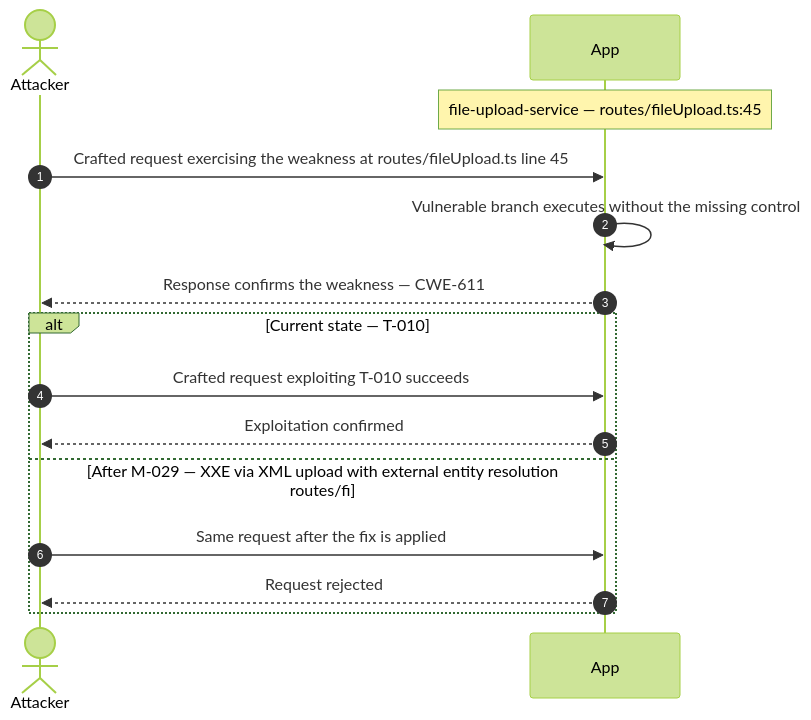
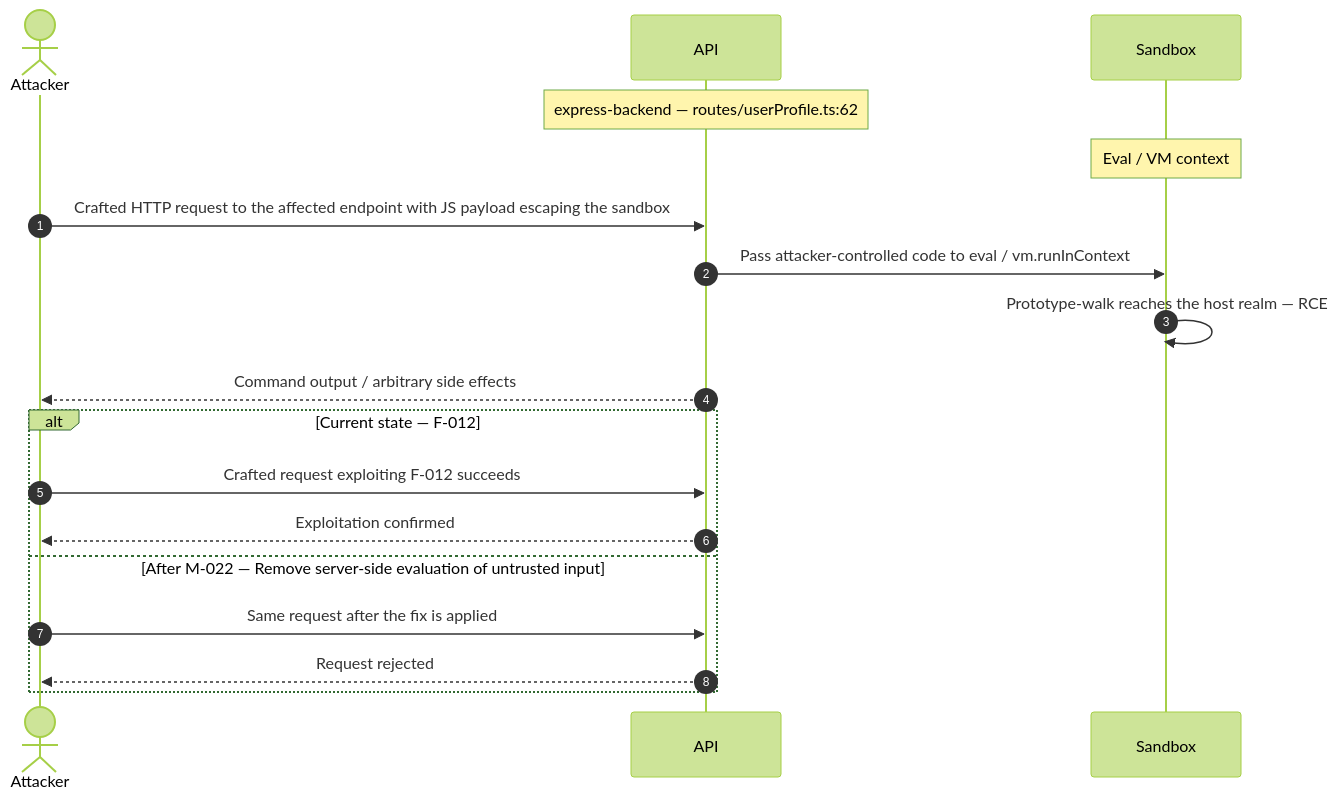
Before and after one commit to appsec-foundry/appsec-advisor: the tenth of 12 diagrams in tests/fixtures/e2e/_repair-run/.fragments/_chain-skeleton.md, drawn with Mermaid (forest theme). The commit also changed other lines of this file and 184 other files, not shown here.

````diff
--- a/tests/fixtures/e2e/_repair-run/.fragments/_chain-skeleton.md
+++ b/tests/fixtures/e2e/_repair-run/.fragments/_chain-skeleton.md
@@ -336,17 +373,20 @@
 ```mermaid
 sequenceDiagram
     autonumber
     actor Attacker
-    participant App
-    Note over App: file-upload-service — routes/fileUpload.ts:45
-    Attacker->>App: Crafted request exercising the weakness at routes/fileUpload.ts line 45
-    App->>App: Vulnerable branch executes without the missing control
-    App-->>Attacker: Response confirms the weakness — CWE-611
-    alt Current state — T-010
-        Attacker->>App: Crafted request exploiting T-010 succeeds
-        App-->>Attacker: Exploitation confirmed
-    else After M-029 — XXE via XML upload with external entity resolution routes/fi
-        Attacker->>App: Same request after the fix is applied
-        App-->>Attacker: Request rejected
+    participant API
+    participant Sandbox
+    Note over API: express-backend — routes/userProfile.ts:62
+    Note over Sandbox: Eval / VM context
+    Attacker->>API: Crafted HTTP request to the affected endpoint with JS payload escaping the sandbox
+    API->>Sandbox: Pass attacker-controlled code to eval / vm.runInContext
+    Sandbox->>Sandbox: Prototype-walk reaches the host realm — RCE
+    API-->>Attacker: Command output / arbitrary side effects
+    alt Current state — F-012
+        Attacker->>API: Crafted request exploiting F-012 succeeds
+        API-->>Attacker: Exploitation confirmed
+    else After M-022 — Remove server-side evaluation of untrusted input
+        Attacker->>API: Same request after the fix is applied
+        API-->>Attacker: Request rejected
     end
 ```
````
